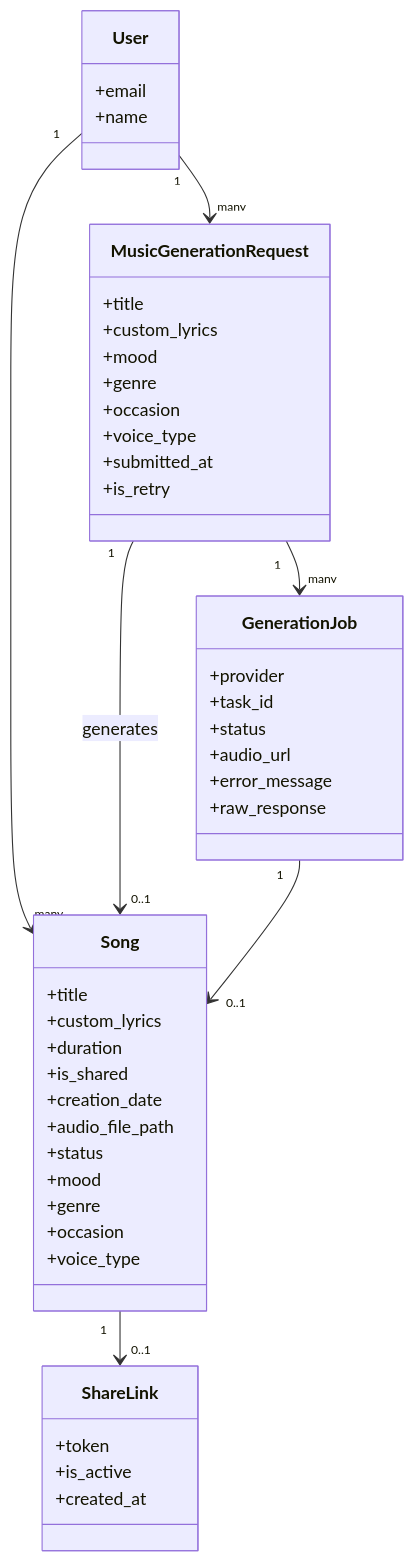
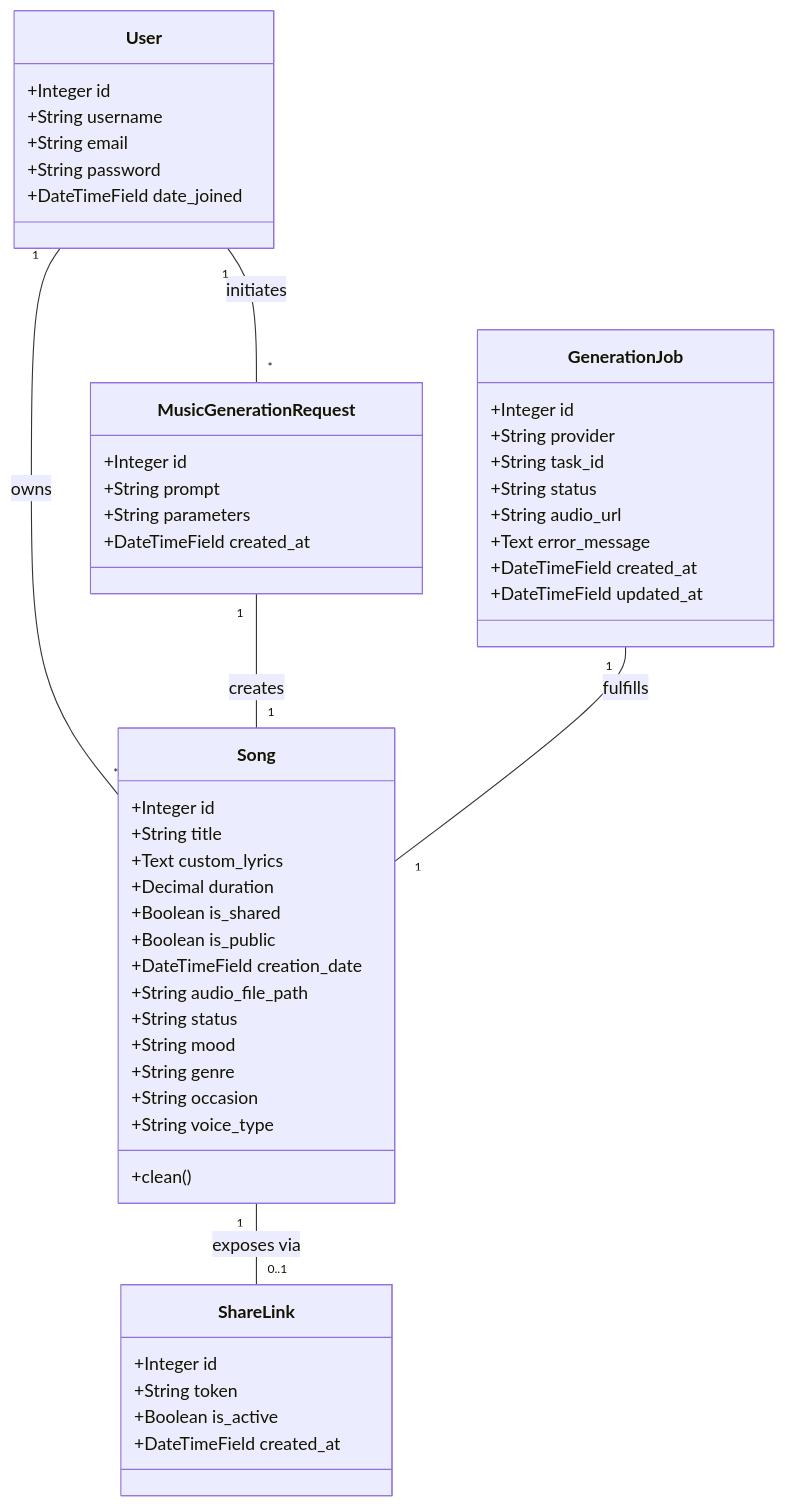
Before and after one commit to NapatKulnarong/cithai: the first of 2 diagrams in README.md, drawn with Mermaid. The commit also changed other lines of this file and 4 other files, not shown here.

````diff
--- a/README.md
+++ b/README.md
@@ -175,50 +175,58 @@
 ```mermaid
 classDiagram
     class User {
-      +email
-      +name
-    }
-    class MusicGenerationRequest {
-      +title
-      +custom_lyrics
-      +mood
-      +genre
-      +occasion
-      +voice_type
-      +submitted_at
-      +is_retry
-    }
-    class Song {
-      +title
-      +custom_lyrics
-      +duration
-      +is_shared
-      +creation_date
-      +audio_file_path
-      +status
-      +mood
-      +genre
-      +occasion
-      +voice_type
-    }
-    class ShareLink {
-      +token
-      +is_active
-      +created_at
-    }
-    class GenerationJob {
-      +provider
-      +task_id
-      +status
-      +audio_url
-      +error_message
-      +raw_response
+        +Integer id
+        +String username
+        +String email
+        +String password
+        +DateTimeField date_joined
     }
 
-    User "1" --> "many" MusicGenerationRequest
-    User "1" --> "many" Song
-    MusicGenerationRequest "1" --> "0..1" Song : generates
-    MusicGenerationRequest "1" --> "many" GenerationJob
-    GenerationJob "1" --> "0..1" Song
-    Song "1" --> "0..1" ShareLink
+    class Song {
+        +Integer id
+        +String title
+        +Text custom_lyrics
+        +Decimal duration
+        +Boolean is_shared
+        +Boolean is_public
+        +DateTimeField creation_date
+        +String audio_file_path
+        +String status
+        +String mood
+        +String genre
+        +String occasion
+        +String voice_type
+        +clean()
+    }
+
+    class ShareLink {
+        +Integer id
+        +String token
+        +Boolean is_active
+        +DateTimeField created_at
+    }
+
+    class MusicGenerationRequest {
+        +Integer id
+        +String prompt
+        +String parameters
+        +DateTimeField created_at
+    }
+
+    class GenerationJob {
+        +Integer id
+        +String provider
+        +String task_id
+        +String status
+        +String audio_url
+        +Text error_message
+        +DateTimeField created_at
+        +DateTimeField updated_at
+    }
+
+    User "1" -- "*" Song : owns
+    User "1" -- "*" MusicGenerationRequest : initiates
+    MusicGenerationRequest "1" -- "1" Song : creates
+    GenerationJob "1" -- "1" Song : fulfills
+    Song "1" -- "0..1" ShareLink : exposes via
 ```
````
